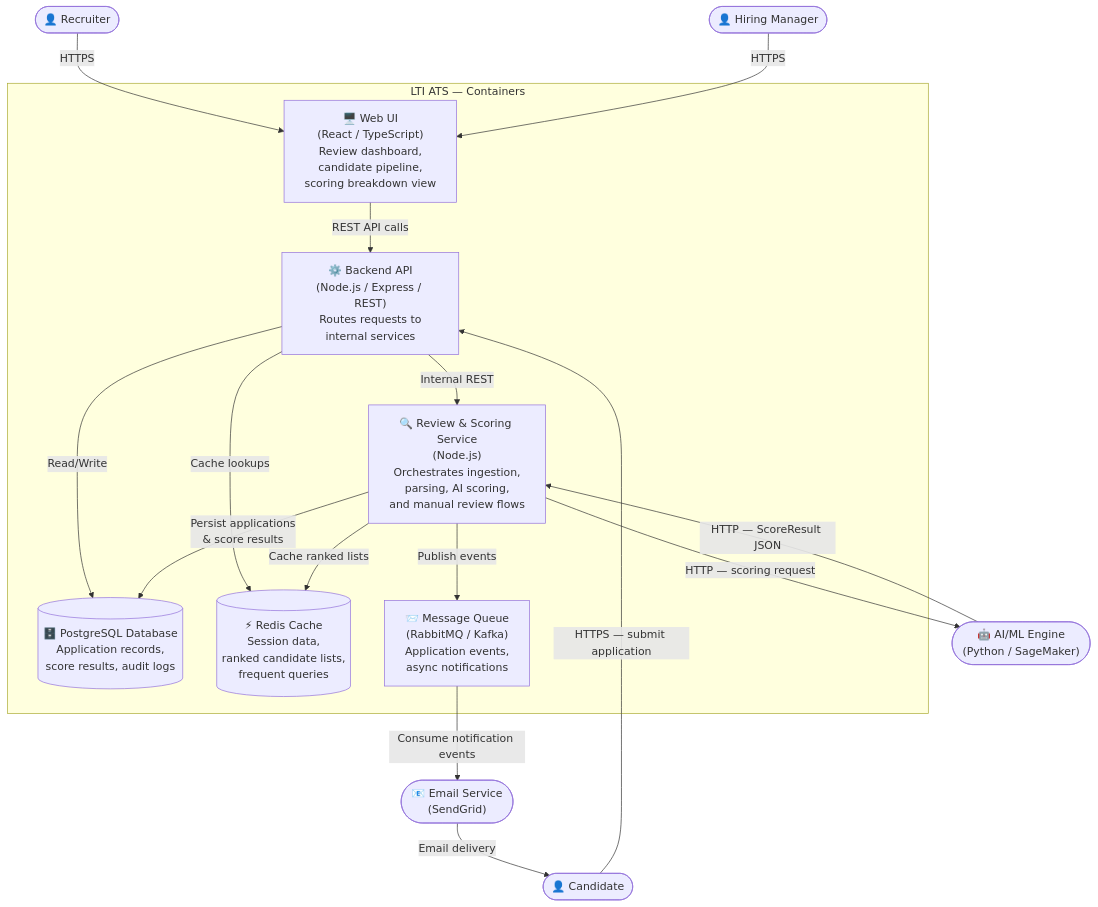
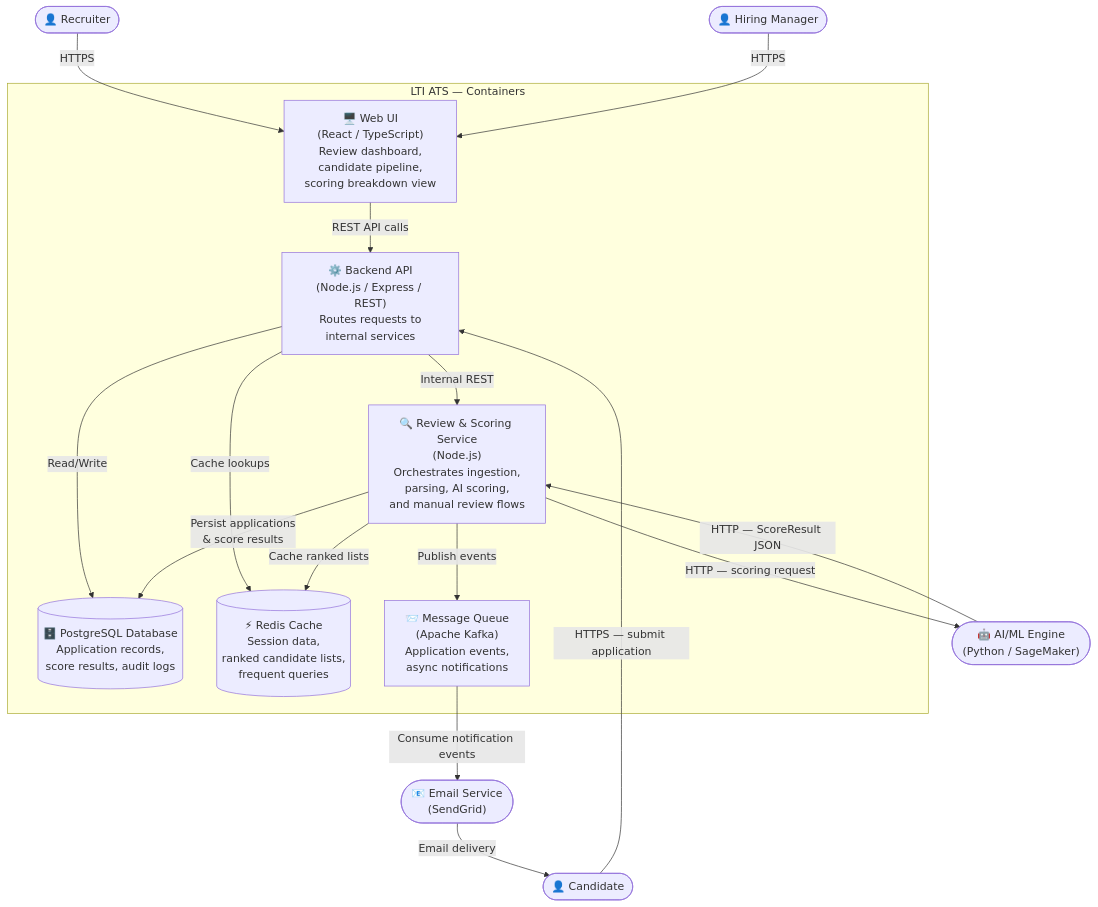
One commit to emarques-7/session4-designt-ats changed the eighth of 10 diagrams in lti-em/LTI-em.md. Above: the diagram before and after it, drawn with Mermaid. The commit also changed other lines of this file and 1 other file, not shown here.

````diff
--- a/lti-em/LTI-em.md
+++ b/lti-em/LTI-em.md
@@ -827,40 +827,40 @@
 ```mermaid
 graph TD
     REC(["👤 Recruiter"])
     HM(["👤 Hiring Manager"])
     CAND(["👤 Candidate"])
     AIEXT(["🤖 AI/ML Engine\n(Python / SageMaker)"])
     EMAILSVC(["📧 Email Service\n(SendGrid)"])
 
     subgraph LTIATS["LTI ATS — Containers"]
         WEBUI["🖥️ Web UI\n(React / TypeScript)\nReview dashboard,\ncandidate pipeline,\nscoring breakdown view"]
 
         BACKAPI["⚙️ Backend API\n(Node.js / Express / REST)\nRoutes requests to\ninternal services"]
 
         REVIEWSVC["🔍 Review & Scoring Service\n(Node.js)\nOrchestrates ingestion,\nparsing, AI scoring,\nand manual review flows"]
 
         PGDB[("🗄️ PostgreSQL Database\nApplication records,\nscore results, audit logs")]
 
         REDIS[("⚡ Redis Cache\nSession data,\nranked candidate lists,\nfrequent queries")]
 
-        MQ["📨 Message Queue\n(RabbitMQ / Kafka)\nApplication events,\nasync notifications"]
+        MQ["📨 Message Queue\n(Apache Kafka)\nApplication events,\nasync notifications"]
     end
 
     REC -->|"HTTPS"| WEBUI
     HM -->|"HTTPS"| WEBUI
     CAND -->|"HTTPS — submit application"| BACKAPI
 
     WEBUI -->|"REST API calls"| BACKAPI
     BACKAPI -->|"Internal REST"| REVIEWSVC
     BACKAPI -->|"Read/Write"| PGDB
     BACKAPI -->|"Cache lookups"| REDIS
 
     REVIEWSVC -->|"Persist applications\n& score results"| PGDB
     REVIEWSVC -->|"Cache ranked lists"| REDIS
     REVIEWSVC -->|"Publish events"| MQ
     REVIEWSVC -->|"HTTP — scoring request"| AIEXT
     AIEXT -->|"HTTP — ScoreResult JSON"| REVIEWSVC
 
     MQ -->|"Consume notification events"| EMAILSVC
     EMAILSVC -->|"Email delivery"| CAND
 ```
````
